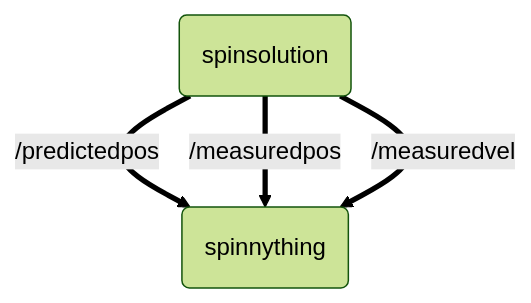
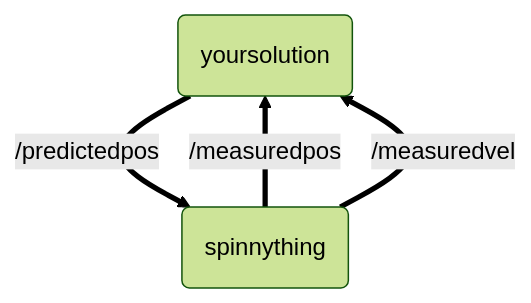
Before and after one commit to tekkaonigiri/tr-autonomy-1-tekkaonigiri: the diagram in README.md, drawn with Mermaid (forest theme).

Commit message:
I messed up the graph lol

````diff
--- a/README.md
+++ b/README.md
@@ -67,8 +67,8 @@
 ```mermaid
 graph TD;
-sol("spinsolution")
+sol("yoursolution")
 tng("spinnything")
 sol == /predictedpos ==> tng;
-sol == /measuredpos ==> tng;
-sol == /measuredvel ==> tng;
+tng == /measuredpos ==> sol;
+tng == /measuredvel ==> sol;
 ```
````
